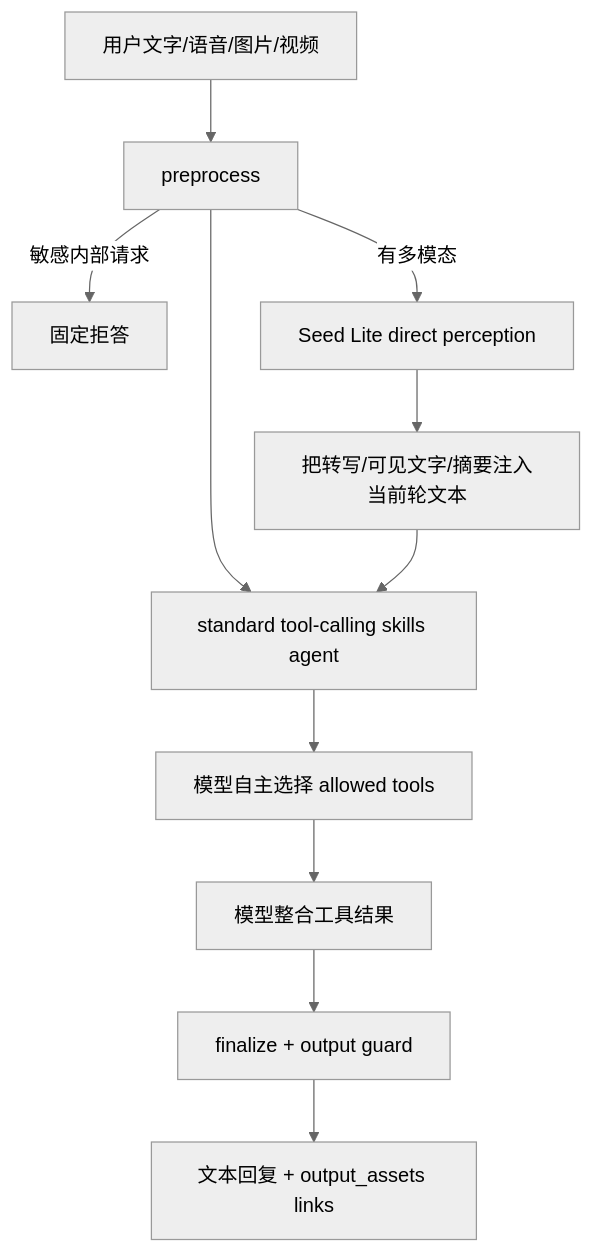
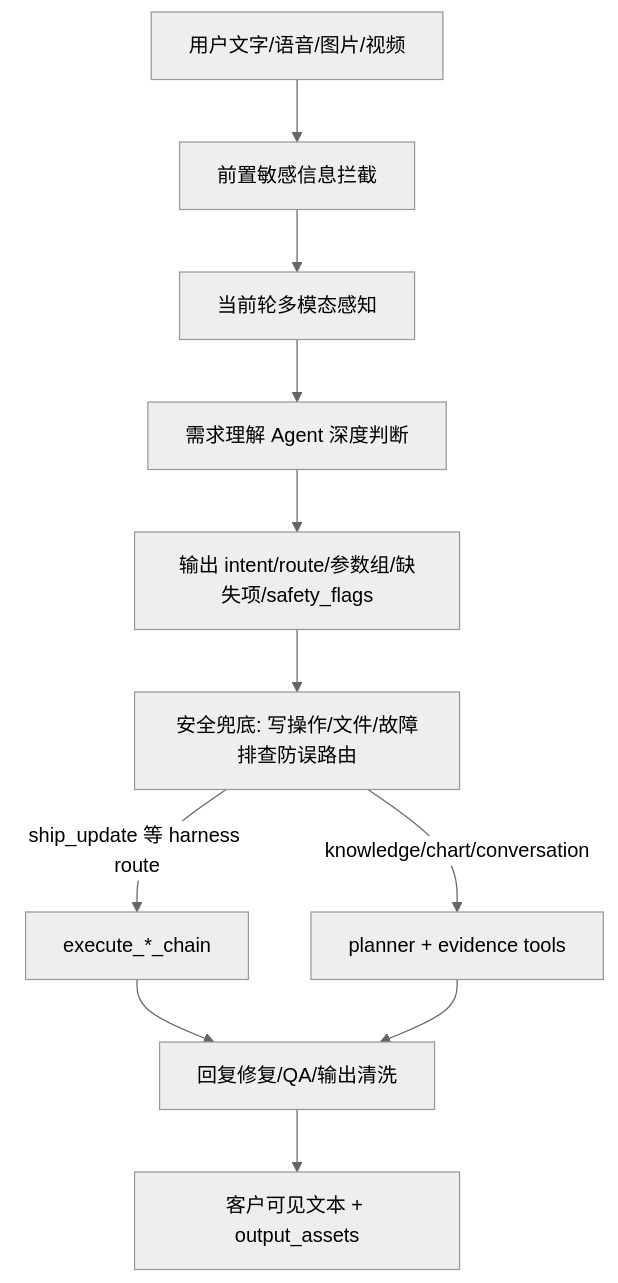
One commit to lr12338/hifleet-agent changed the second of 2 diagrams in docs/AGENT_TECHNICAL_DOCUMENTATION.md. Above: the diagram before and after it, drawn with Mermaid (neutral theme). The commit also changed other lines of this file and 19 other files, not shown here.

````diff
--- a/docs/AGENT_TECHNICAL_DOCUMENTATION.md
+++ b/docs/AGENT_TECHNICAL_DOCUMENTATION.md
@@ -85,13 +54,13 @@
 ```mermaid
 flowchart TD
-    Msg[用户文字/语音/图片/视频] --> Pre[preprocess]
-    Pre -->|敏感内部请求| Refuse[固定拒答]
-    Pre -->|有多模态| Perception[Seed Lite direct perception]
-    Perception --> Rewrite[把转写/可见文字/摘要注入当前轮文本]
-    Pre --> Delegate[standard tool-calling skills agent]
-    Rewrite --> Delegate
-    Delegate --> Tools[模型自主选择 allowed tools]
-    Tools --> Answer[模型整合工具结果]
-    Answer --> Finalize[finalize + output guard]
-    Finalize --> Reply[文本回复 + output_assets links]
+    Msg[用户文字/语音/图片/视频] --> Safety[前置敏感信息拦截]
+    Safety --> Media[当前轮多模态感知]
+    Media --> Understand[需求理解 Agent 深度判断]
+    Understand --> Trace[输出 intent/route/参数组/缺失项/safety_flags]
+    Trace --> Guard[安全兜底: 写操作/文件/故障排查防误路由]
+    Guard -->|ship_update 等 harness route| Harness[execute_*_chain]
+    Guard -->|knowledge/chart/conversation| Planner[planner + evidence tools]
+    Harness --> Final[回复修复/QA/输出清洗]
+    Planner --> Final
+    Final --> Reply[客户可见文本 + output_assets]
 ```
````
